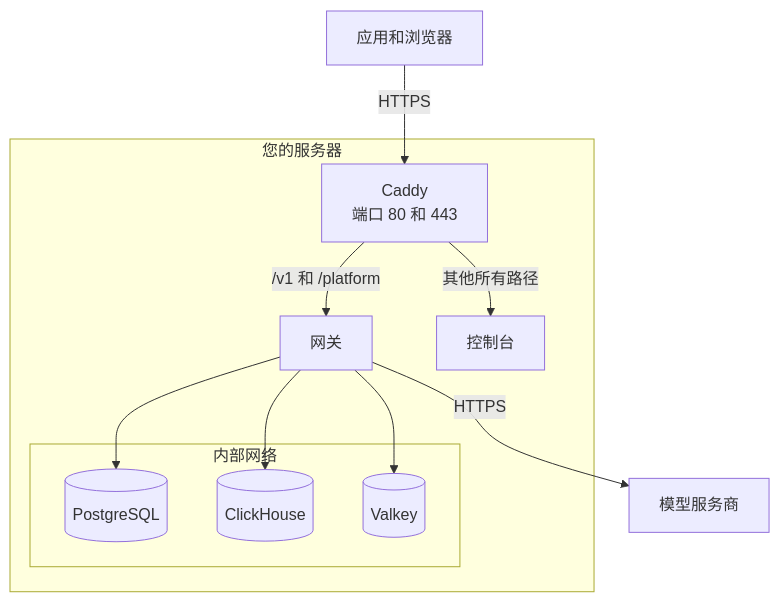
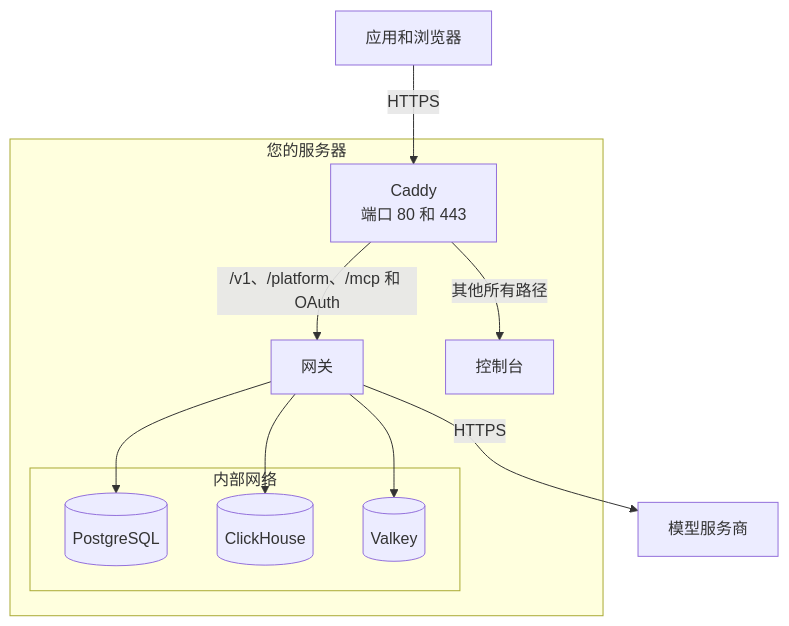
The diagram in apps/docs/content/zh-CN/self-hosting/how-it-works.md (logicplanes/kaeso), drawn with Mermaid before and after one commit. The commit also changed 149 other files, not shown here.

````diff
--- a/apps/docs/content/zh-CN/self-hosting/how-it-works.md
+++ b/apps/docs/content/zh-CN/self-hosting/how-it-works.md
@@ -10,22 +10,22 @@
 ```mermaid
 flowchart TD
   accTitle: Kaeso 实例中的服务
-  accDescr: 应用和浏览器只能经由 Caddy 的 80 和 443 端口访问实例。Caddy 把 /v1 和 /platform 转给网关，把其他所有路径转给控制台。PostgreSQL、ClickHouse 和 Valkey 位于只有网关能访问的内部网络中，网关通过 HTTPS 调用模型服务商。
+  accDescr: 应用和浏览器只能经由 Caddy 的 80 和 443 端口访问实例。Caddy 把 /v1、/platform、MCP 服务器及其 OAuth 登录转给网关，把其他所有路径转给控制台。PostgreSQL、ClickHouse 和 Valkey 位于只有网关能访问的内部网络中，网关通过 HTTPS 调用模型服务商。
   clients[应用和浏览器]:::outside
   subgraph server [您的服务器]
     caddy[Caddy<br>端口 80 和 443]
     gateway[网关]:::accent
     console[控制台]
     subgraph data [内部网络]
       postgres[(PostgreSQL)]
       clickhouse[(ClickHouse)]
       valkey[(Valkey)]
     end
   end
   providers[模型服务商]:::outside
   clients -- HTTPS --> caddy
-  caddy -- /v1 和 /platform --> gateway
+  caddy -- /v1、/platform、/mcp 和 OAuth --> gateway
   caddy -- 其他所有路径 --> console
   gateway --> postgres & clickhouse & valkey
   gateway -- HTTPS --> providers
 ```
````
